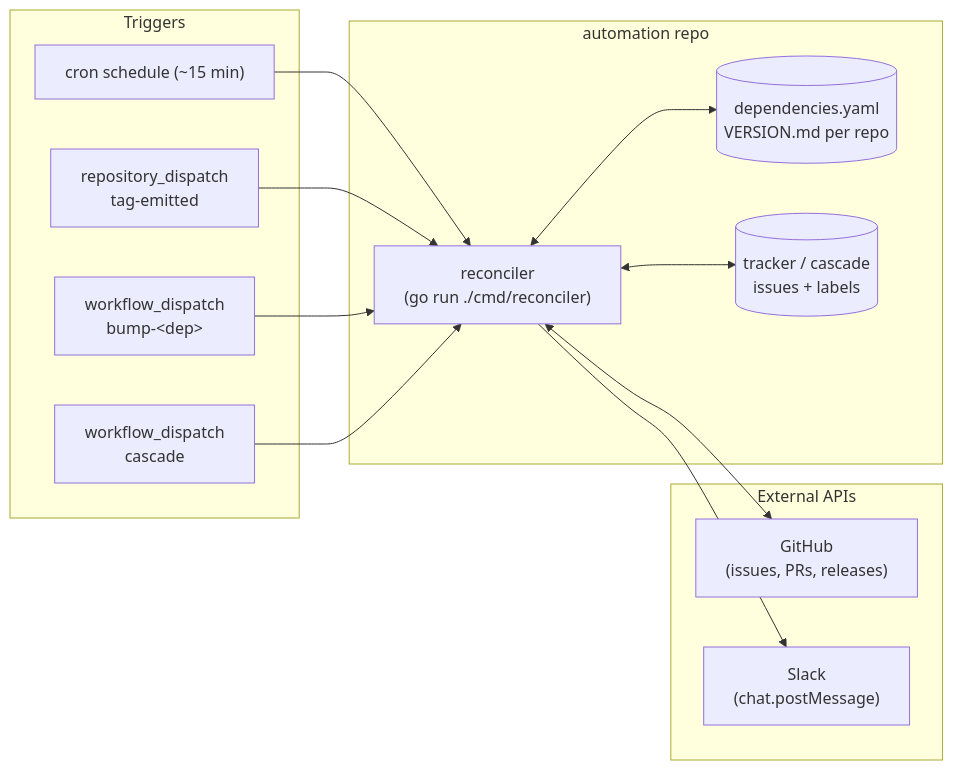
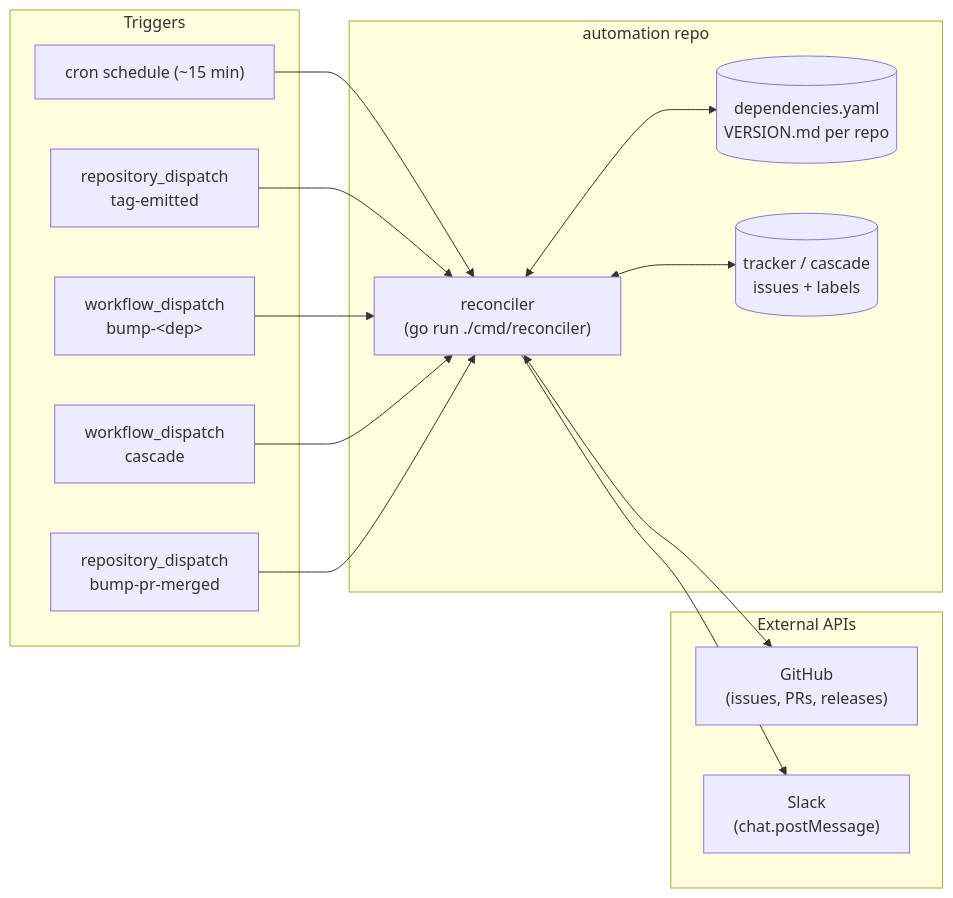
The first of 5 diagrams in ARCHITECTURE.md (rancher/frameworks-automation), drawn with Mermaid before and after one commit. The commit also changed other lines of this file, not shown here.

Commit message:
Update ARCHITECTURE.md for bump-pr-merged dispatch

````diff
--- a/ARCHITECTURE.md
+++ b/ARCHITECTURE.md
@@ -26,29 +26,31 @@
 ```mermaid
 flowchart LR
     subgraph triggers["Triggers"]
         cron["cron schedule (~15 min)"]
         tag["repository_dispatch<br/>tag-emitted"]
         bumpdep["workflow_dispatch<br/>bump-&lt;dep&gt;"]
         cascadewf["workflow_dispatch<br/>cascade"]
+        bumpmerged["repository_dispatch<br/>bump-pr-merged"]
     end
 
     subgraph repo["automation repo"]
         rec["reconciler<br/>(go run ./cmd/reconciler)"]
         cfg[("dependencies.yaml<br/>VERSION.md per repo")]
         issues[("tracker / cascade<br/>issues + labels")]
     end
 
     subgraph external["External APIs"]
         gh["GitHub<br/>(issues, PRs, releases)"]
         slack["Slack<br/>(chat.postMessage)"]
     end
 
     cron --> rec
     tag --> rec
     bumpdep --> rec
     cascadewf --> rec
+    bumpmerged --> rec
     rec <--> cfg
     rec <--> issues
     rec <--> gh
     rec --> slack
 ```
````
